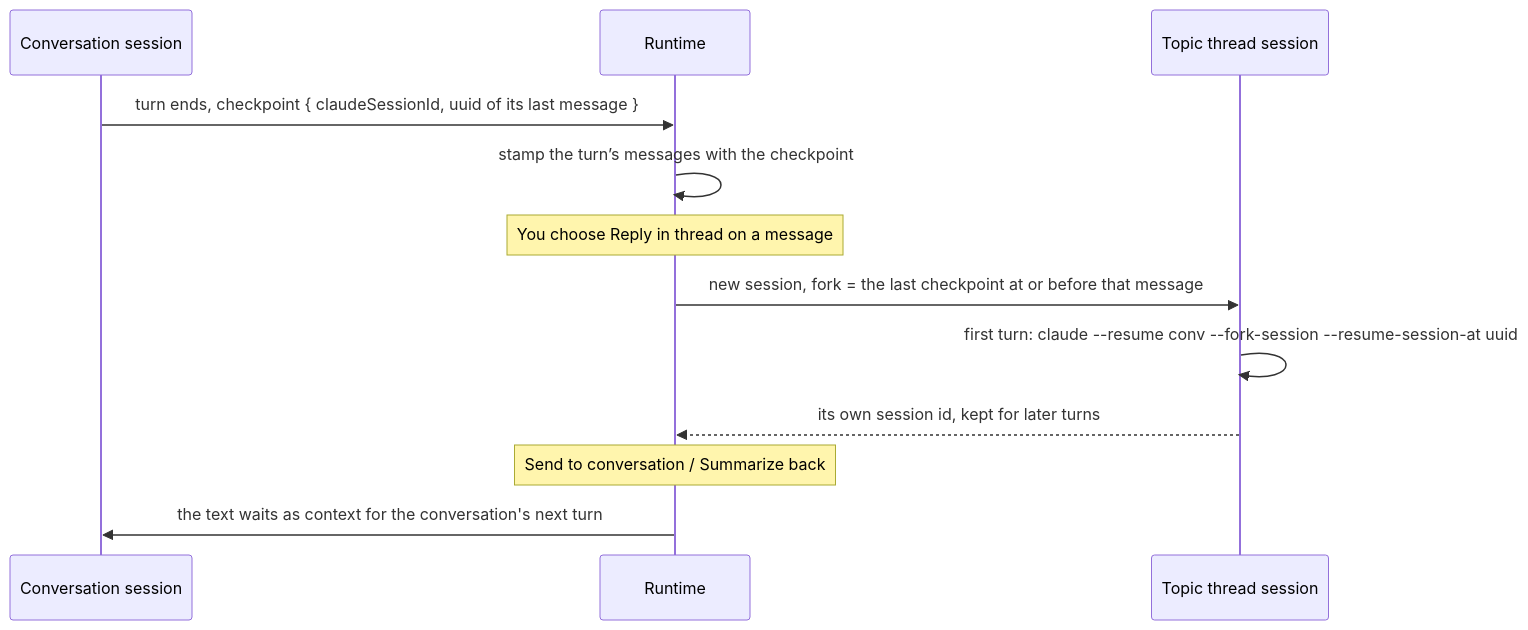
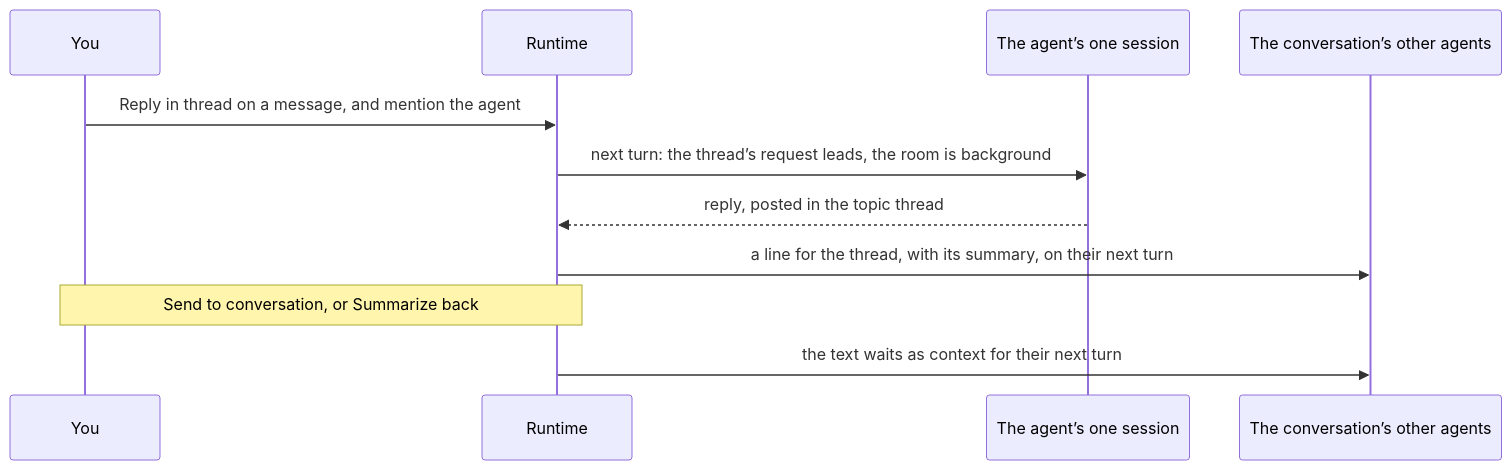
Before and after one commit to HJeon139/postbox: the diagram in designs/architecture/shared-memory.md, drawn with Mermaid. The commit also changed other lines of this file and 15 other files, not shown here.

First line of the commit message:
docs(architecture): correct what the child docs say that no longer matches main

````diff
--- a/designs/architecture/shared-memory.md
+++ b/designs/architecture/shared-memory.md
@@ -30,14 +31,13 @@
 ```mermaid
 sequenceDiagram
-  participant C as Conversation session
+  participant P as You
   participant R as Runtime
-  participant T as Topic thread session
-  C->>R: turn ends, checkpoint { claudeSessionId, uuid of its last message }
-  R->>R: stamp the turn’s messages with the checkpoint
-  Note over R: You choose Reply in thread on a message
-  R->>T: new session, fork = the last checkpoint at or before that message
-  T->>T: first turn: claude --resume conv --fork-session --resume-session-at uuid
-  T-->>R: its own session id, kept for later turns
-  Note over R: Send to conversation / Summarize back
-  R->>C: the text waits as context for the conversation's next turn
+  participant S as The agent’s one session
+  participant O as The conversation’s other agents
+  P->>R: Reply in thread on a message, and mention the agent
+  R->>S: next turn: the thread’s request leads, the room is background
+  S-->>R: reply, posted in the topic thread
+  R->>O: a line for the thread, with its summary, on their next turn
+  Note over P,R: Send to conversation, or Summarize back
+  R->>O: the text waits as context for their next turn
 ```
````
